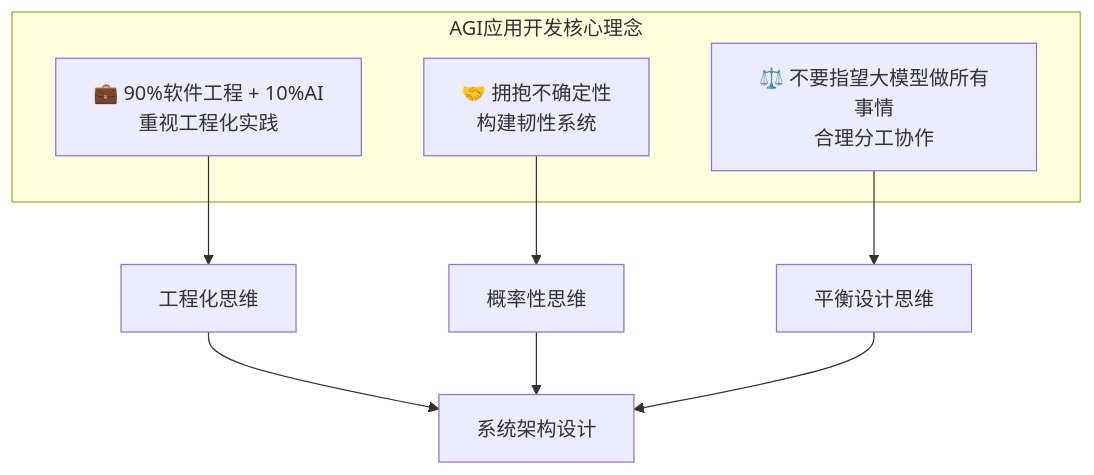
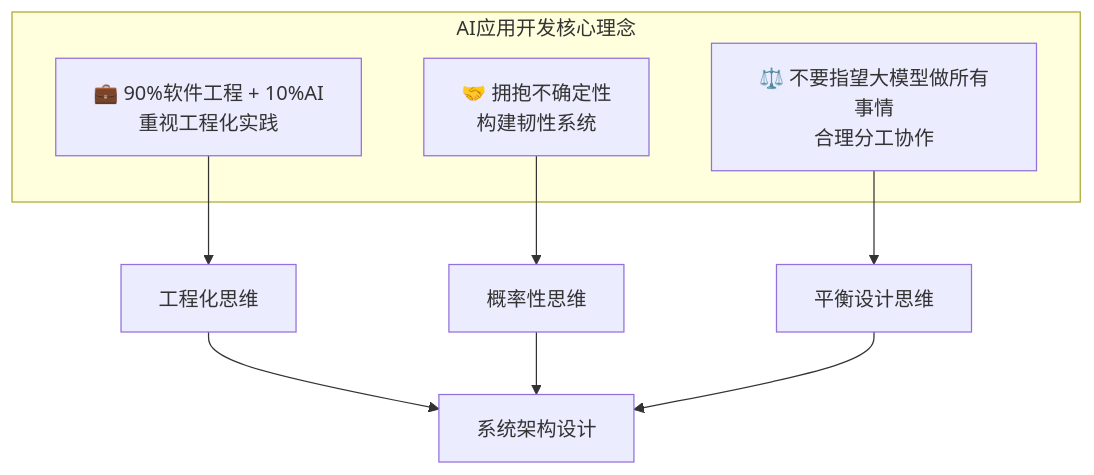
Before and after one commit to youyoude/agi-app-dev-guide-book: the first of 6 diagrams in 第零部分_核心概念预览/0.3_核心开发理念.md, drawn with Mermaid. The commit also changed other lines of this file and 42 other files, not shown here.

````diff
--- a/第零部分_核心概念预览/0.3_核心开发理念.md
+++ b/第零部分_核心概念预览/0.3_核心开发理念.md
@@ -9,17 +9,17 @@
 ```mermaid
 graph TB
-    subgraph "AGI应用开发核心理念"
+    subgraph "AI应用开发核心理念"
         A["💼 90%软件工程 + 10%AI<br/>重视工程化实践"]
         B["🤝 拥抱不确定性<br/>构建韧性系统"]
         C["⚖️ 不要指望大模型做所有事情<br/>合理分工协作"]
     end
     
     A --> D[工程化思维]
     B --> E[概率性思维]
     C --> F[平衡设计思维]
     
     D --> G[系统架构设计]
     E --> G
     F --> G
     
 ```
````
